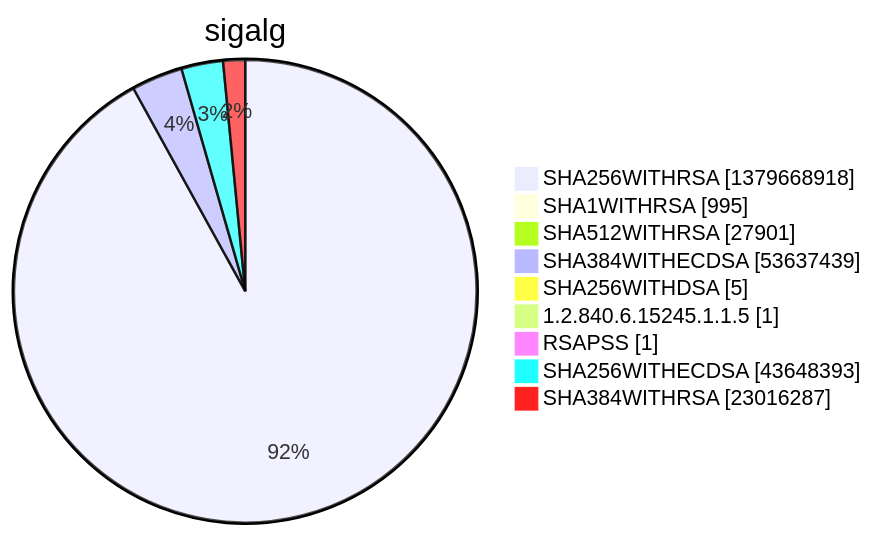
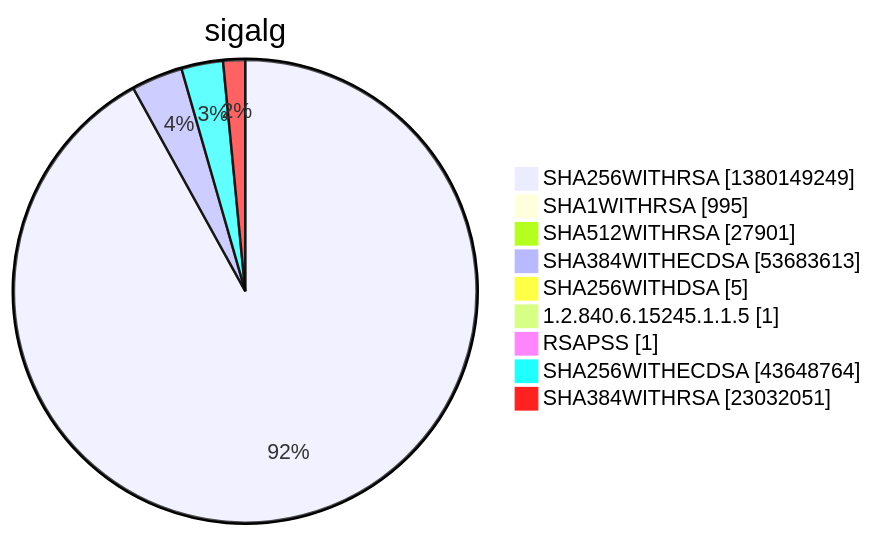
Before and after one commit to christiankrug/ctmonitor_visualization: diagram 15 of 15 in xenon2022/README.md, drawn with Mermaid. The commit also changed other lines of this file, not shown here.

````diff
--- a/xenon2022/README.md
+++ b/xenon2022/README.md
@@ -5852,13 +5853,13 @@
 ```mermaid
 pie showData
 title sigalg
-"SHA256WITHRSA" :1379668918
+"SHA256WITHRSA" :1380149249
 "SHA1WITHRSA" :995
 "SHA512WITHRSA" :27901
-"SHA384WITHECDSA" :53637439
+"SHA384WITHECDSA" :53683613
 "SHA256WITHDSA" :5
 "1.2.840.6.15245.1.1.5" :1
 "RSAPSS" :1
-"SHA256WITHECDSA" :43648393
-"SHA384WITHRSA" :23016287
+"SHA256WITHECDSA" :43648764
+"SHA384WITHRSA" :23032051
 ```
````
